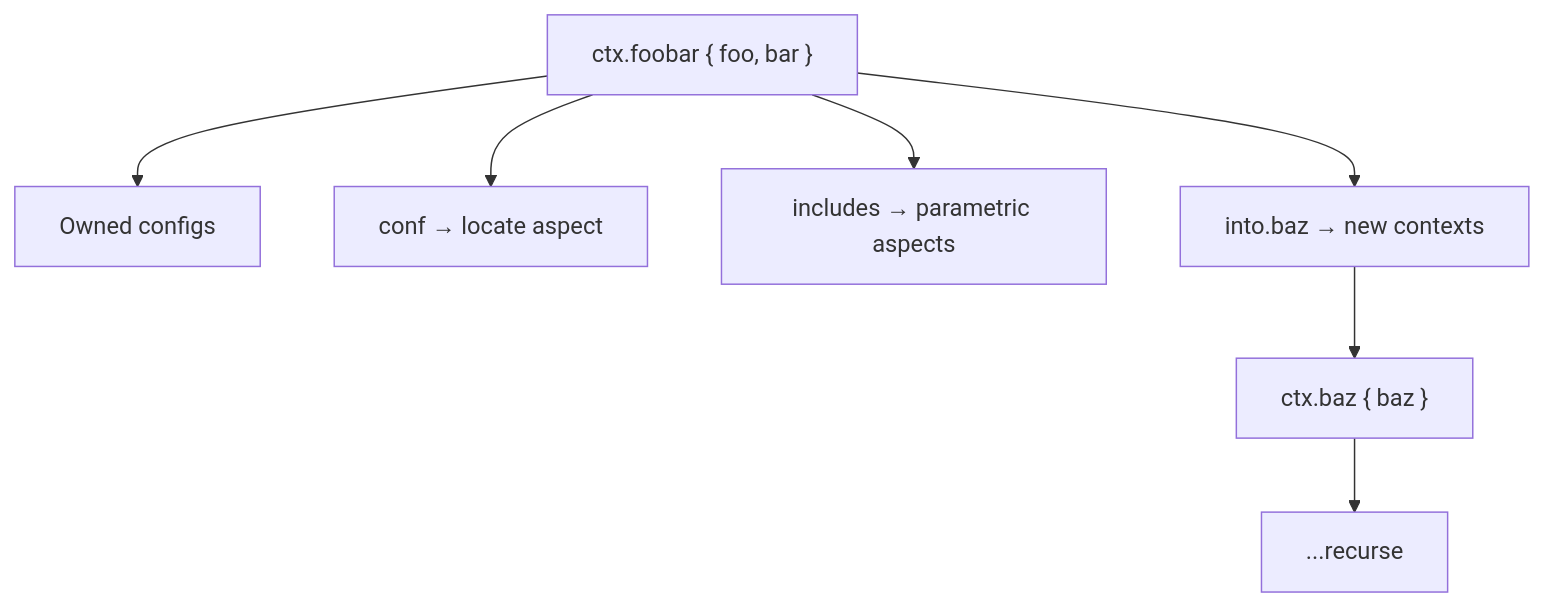
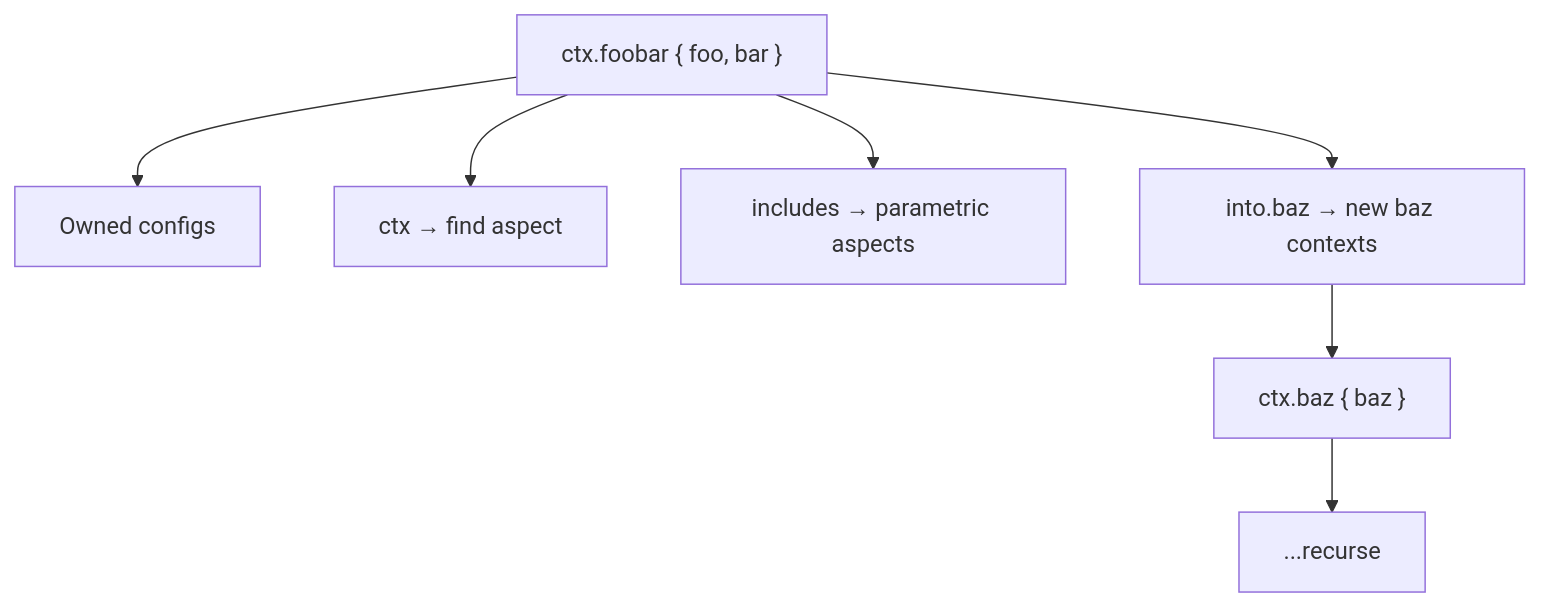
The second of 3 diagrams in docs/src/content/docs/explanation/context-system.md (vic/den), drawn with Mermaid before and after one commit. The commit also changed other lines of this file and 4 other files, not shown here.

````diff
--- a/docs/src/content/docs/explanation/context-system.md
+++ b/docs/src/content/docs/explanation/context-system.md
@@ -69,10 +69,10 @@
 ```mermaid
 graph TD
   Apply["ctx.foobar { foo, bar }"]
   Apply --> Own["Owned configs"]
-  Apply --> Conf["conf → locate aspect"]
+  Apply --> Conf["ctx → find aspect"]
   Apply --> Inc["includes → parametric aspects"]
-  Apply --> Into["into.baz → new contexts"]
+  Apply --> Into["into.baz → new baz contexts"]
   Into --> Next["ctx.baz { baz }"]
   Next --> Own2["...recurse"]
 ```
````
